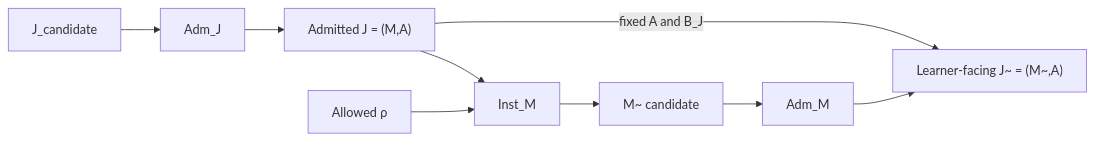
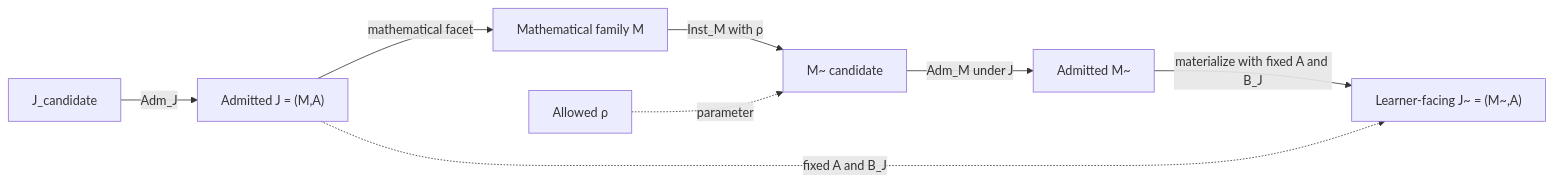
One commit to thatao72/three-twin-docs changed the second of 7 diagrams in content/architecture.md. Above: the diagram before and after it, drawn with Mermaid. The commit also changed other lines of this file, not shown here.

Commit message:
Clarify object-map notation and assessment flow

````diff
--- a/content/architecture.md
+++ b/content/architecture.md
@@ -166,17 +177,18 @@
 ```mermaid
 flowchart LR
     JC["J_candidate"]
-    AJ["Adm_J"]
     J["Admitted J = (M,A)"]
+    M["Mathematical family M"]
     RHO["Allowed ρ"]
-    IM["Inst_M"]
     MC["M~ candidate"]
-    AM["Adm_M"]
+    MT["Admitted M~"]
     JT["Learner-facing J~ = (M~,A)"]
 
-    JC --> AJ --> J
-    J --> IM
-    RHO --> IM
-    IM --> MC --> AM --> JT
-    J -->|"fixed A and B_J"| JT
+    JC -->|"Adm_J"| J
+    J -->|"mathematical facet"| M
+    M -->|"Inst_M with ρ"| MC
+    RHO -.->|"parameter"| MC
+    MC -->|"Adm_M under J"| MT
+    MT -->|"materialize with fixed A and B_J"| JT
+    J -.->|"fixed A and B_J"| JT
 ```
````
